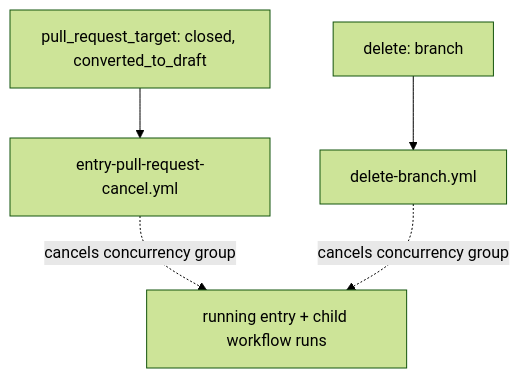
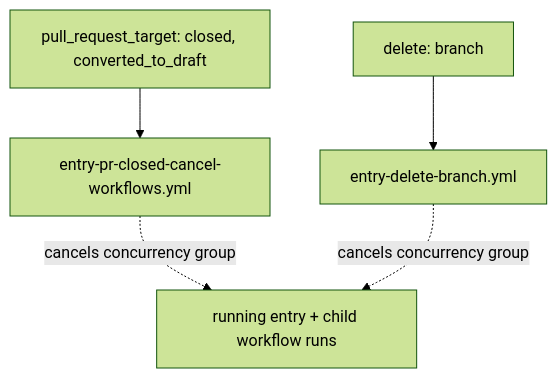
The second of 3 diagrams in .github/workflows/README.md (AlejandroRomanIbanez/infinito-nexus), drawn with Mermaid (forest theme) before and after one commit. The commit also changed other lines of this file and 69 other files, not shown here.

````diff
--- a/.github/workflows/README.md
+++ b/.github/workflows/README.md
@@ -182,7 +182,7 @@
 ```mermaid
 flowchart TB
-    prclose["pull_request_target: closed, converted_to_draft"] --> eprcancel["entry-pull-request-cancel.yml"]
-    branchdelete["delete: branch"] --> delbranch["delete-branch.yml"]
+    prclose["pull_request_target: closed, converted_to_draft"] --> eprcancel["entry-pr-closed-cancel-workflows.yml"]
+    branchdelete["delete: branch"] --> delbranch["entry-delete-branch.yml"]
     eprcancel -.->|"cancels concurrency group"| runningci["running entry + child workflow runs"]
     delbranch -.->|"cancels concurrency group"| runningci
 ```
````
